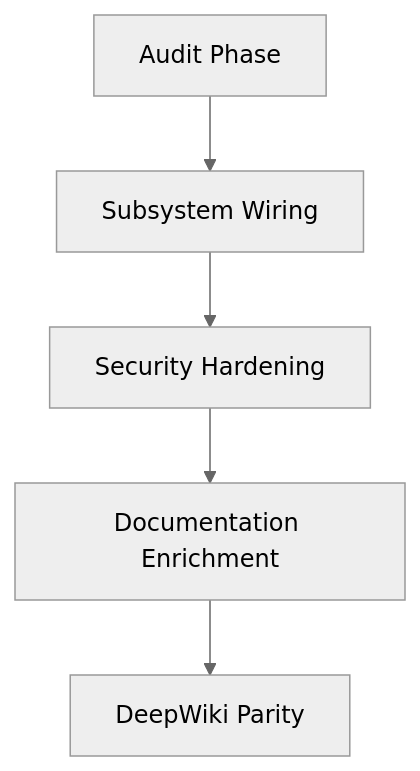
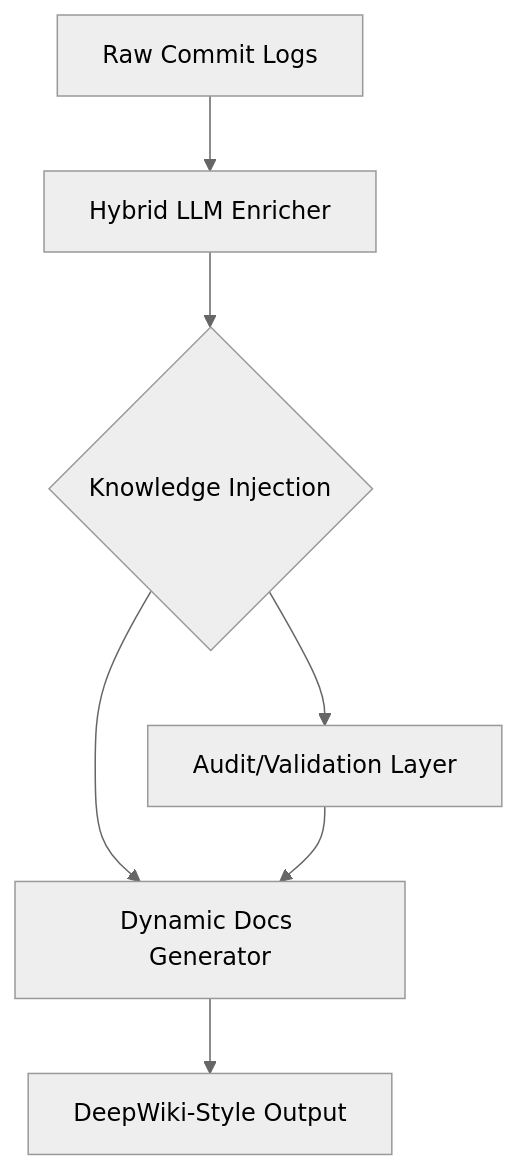
The diagram in .codebuddy/docs/11-changelog.md (phuetz/code-buddy), drawn with Mermaid (neutral theme) before and after one commit. The commit also changed other lines of this file and 15 other files, not shown here.

````diff
--- a/.codebuddy/docs/11-changelog.md
+++ b/.codebuddy/docs/11-changelog.md
@@ -7,7 +44,9 @@
 ```mermaid
 graph TD
-    A[Audit Phase] --> B[Subsystem Wiring]
-    B --> C[Security Hardening]
-    C --> D[Documentation Enrichment]
-    D --> E[DeepWiki Parity]
+    A[Raw Commit Logs] --> B[Hybrid LLM Enricher]
+    B --> C{Knowledge Injection}
+    C --> D[Dynamic Docs Generator]
+    D --> E[DeepWiki-Style Output]
+    C --> F[Audit/Validation Layer]
+    F --> D
 ```
````
